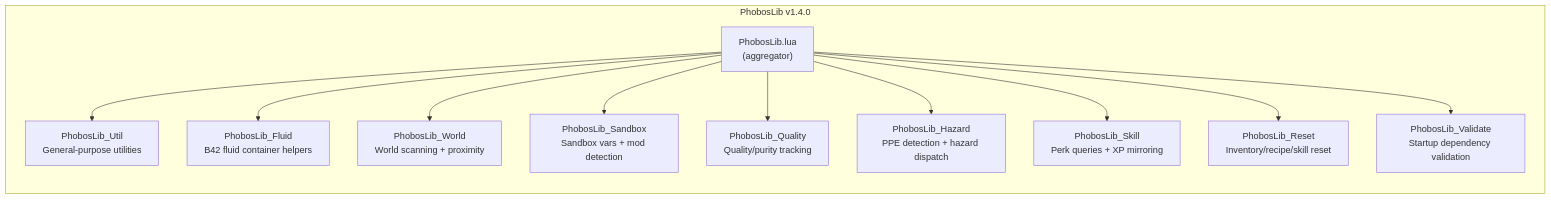
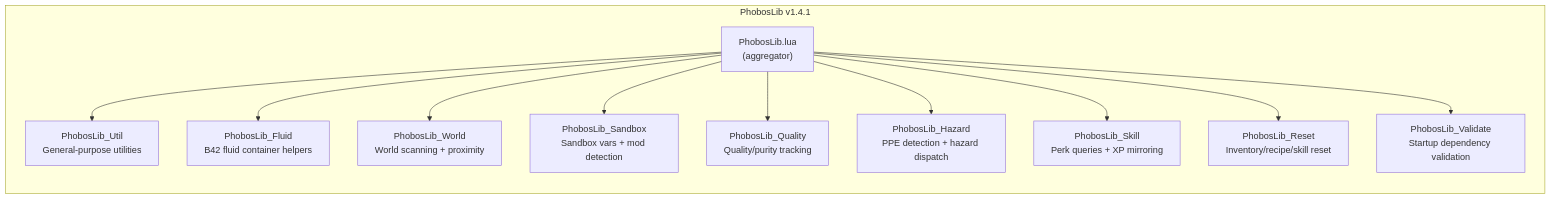
One commit to phobos-dthorga/mod-pz-phobos-lib changed the diagram in docs/diagrams/module-overview.md. Above: the diagram before and after it, drawn with Mermaid. The commit also changed other lines of this file and 8 other files, not shown here.

````diff
--- a/docs/diagrams/module-overview.md
+++ b/docs/diagrams/module-overview.md
@@ -7,26 +7,26 @@
 ```mermaid
 graph LR
-    subgraph LIB["PhobosLib v1.4.0"]
+    subgraph LIB["PhobosLib v1.4.1"]
         INIT["PhobosLib.lua<br/>(aggregator)"]
 
         UTIL["PhobosLib_Util<br/>General-purpose utilities"]
         FLUID["PhobosLib_Fluid<br/>B42 fluid container helpers"]
         WORLD["PhobosLib_World<br/>World scanning + proximity"]
         SANDBOX["PhobosLib_Sandbox<br/>Sandbox vars + mod detection"]
         QUALITY["PhobosLib_Quality<br/>Quality/purity tracking"]
         HAZARD["PhobosLib_Hazard<br/>PPE detection + hazard dispatch"]
         SKILL["PhobosLib_Skill<br/>Perk queries + XP mirroring"]
         RESET["PhobosLib_Reset<br/>Inventory/recipe/skill reset"]
         VALIDATE["PhobosLib_Validate<br/>Startup dependency validation"]
     end
 
     INIT --> UTIL
     INIT --> FLUID
     INIT --> WORLD
     INIT --> SANDBOX
     INIT --> QUALITY
     INIT --> HAZARD
     INIT --> SKILL
     INIT --> RESET
     INIT --> VALIDATE
 ```
````
